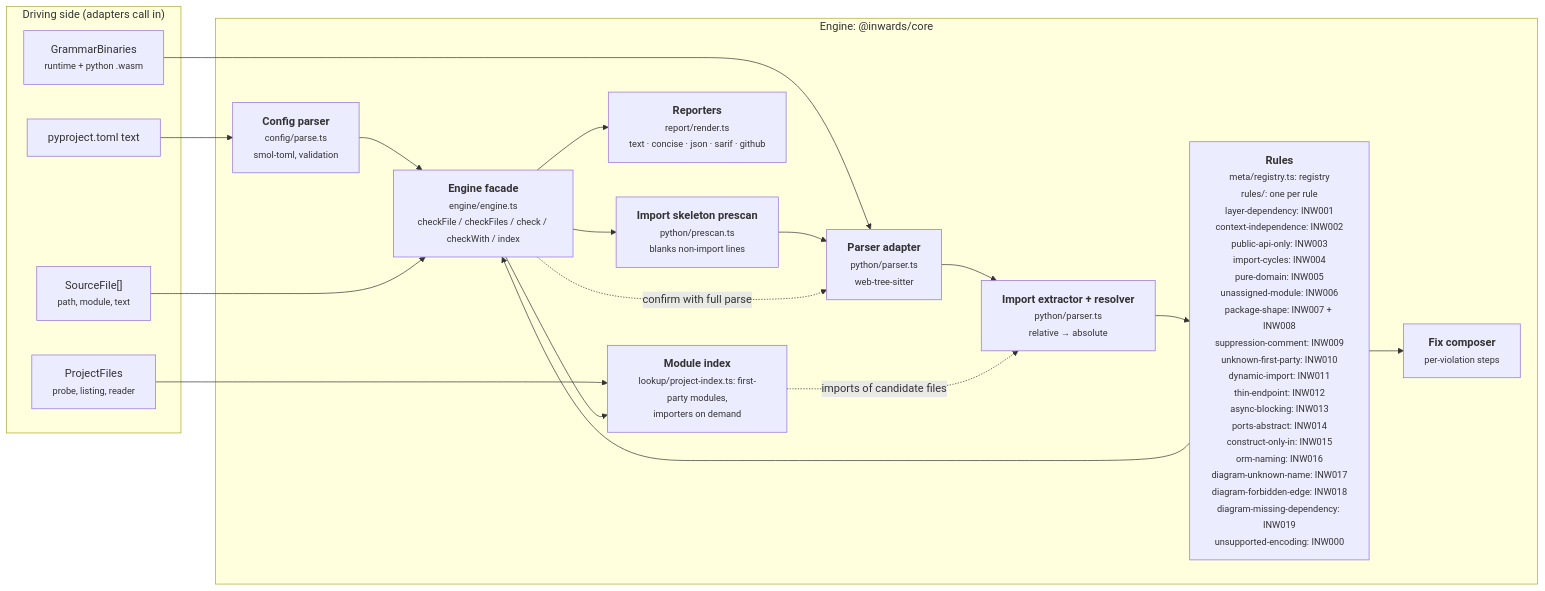
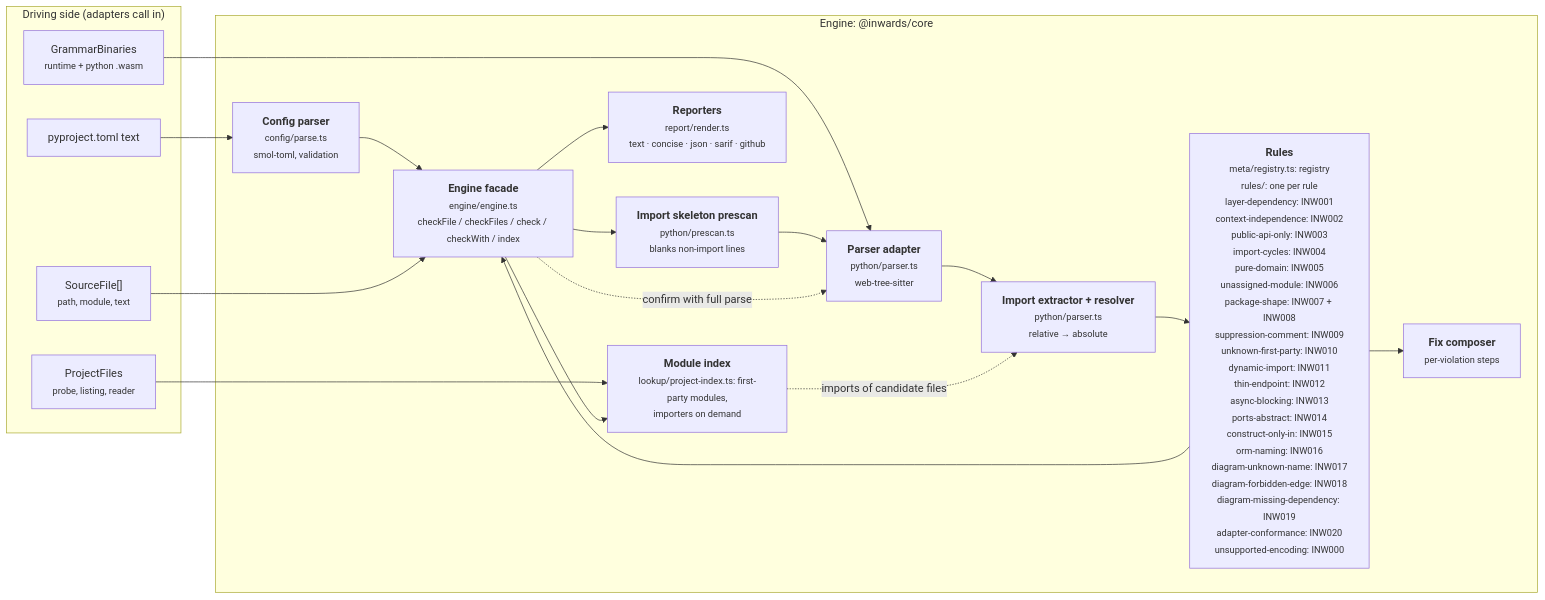
The third of 6 diagrams in docs/chapters/03-Architecture-C4.md (SirCypkowskyy/inwards), drawn with Mermaid before and after one commit. The commit also changed other lines of this file and 34 other files, not shown here.

````diff
--- a/docs/chapters/03-Architecture-C4.md
+++ b/docs/chapters/03-Architecture-C4.md
@@ -105,33 +105,33 @@
 ```mermaid
 flowchart LR
     subgraph driving["Driving side (adapters call in)"]
         files["SourceFile[]<br/><small>path, module, text</small>"]
         pfiles["ProjectFiles<br/><small>probe, listing, reader</small>"]
         cfgtext["pyproject.toml text"]
         wasm["GrammarBinaries<br/><small>runtime + python .wasm</small>"]
     end
 
     subgraph enginebox["Engine: @inwards/core"]
         config["<b>Config parser</b><br/><small>config/parse.ts<br/>smol-toml, validation</small>"]
         pre["<b>Import skeleton prescan</b><br/><small>python/prescan.ts<br/>blanks non-import lines</small>"]
         parser["<b>Parser adapter</b><br/><small>python/parser.ts<br/>web-tree-sitter</small>"]
         extract["<b>Import extractor + resolver</b><br/><small>python/parser.ts<br/>relative → absolute</small>"]
-        rules["<b>Rules</b><br/><small>meta/registry.ts: registry<br/>rules/: one per rule<br/>layer-dependency: INW001<br/>context-independence: INW002<br/>public-api-only: INW003<br/>import-cycles: INW004<br/>pure-domain: INW005<br/>unassigned-module: INW006<br/>package-shape: INW007 + INW008<br/>suppression-comment: INW009<br/>unknown-first-party: INW010<br/>dynamic-import: INW011<br/>thin-endpoint: INW012<br/>async-blocking: INW013<br/>ports-abstract: INW014<br/>construct-only-in: INW015<br/>orm-naming: INW016<br/>diagram-unknown-name: INW017<br/>diagram-forbidden-edge: INW018<br/>diagram-missing-dependency: INW019<br/>unsupported-encoding: INW000</small>"]
+        rules["<b>Rules</b><br/><small>meta/registry.ts: registry<br/>rules/: one per rule<br/>layer-dependency: INW001<br/>context-independence: INW002<br/>public-api-only: INW003<br/>import-cycles: INW004<br/>pure-domain: INW005<br/>unassigned-module: INW006<br/>package-shape: INW007 + INW008<br/>suppression-comment: INW009<br/>unknown-first-party: INW010<br/>dynamic-import: INW011<br/>thin-endpoint: INW012<br/>async-blocking: INW013<br/>ports-abstract: INW014<br/>construct-only-in: INW015<br/>orm-naming: INW016<br/>diagram-unknown-name: INW017<br/>diagram-forbidden-edge: INW018<br/>diagram-missing-dependency: INW019<br/>adapter-conformance: INW020<br/>unsupported-encoding: INW000</small>"]
         fix["<b>Fix composer</b><br/><small>per-violation steps</small>"]
         report["<b>Reporters</b><br/><small>report/render.ts<br/>text · concise · json · sarif · github</small>"]
         engine["<b>Engine facade</b><br/><small>engine/engine.ts<br/>checkFile / checkFiles / check / checkWith / index</small>"]
         modgraph["<b>Module index</b><br/><small>lookup/project-index.ts: first-party modules,<br/>importers on demand</small>"]
     end
 
     cfgtext --> config --> engine
     wasm --> parser
     files --> engine
     engine --> pre --> parser --> extract --> rules
     rules --> fix
     rules --> engine
     engine -. "confirm with full parse" .-> parser
     pfiles --> modgraph
     engine --> modgraph
     modgraph -. "imports of candidate files" .-> extract
     engine --> report
 ```
````
